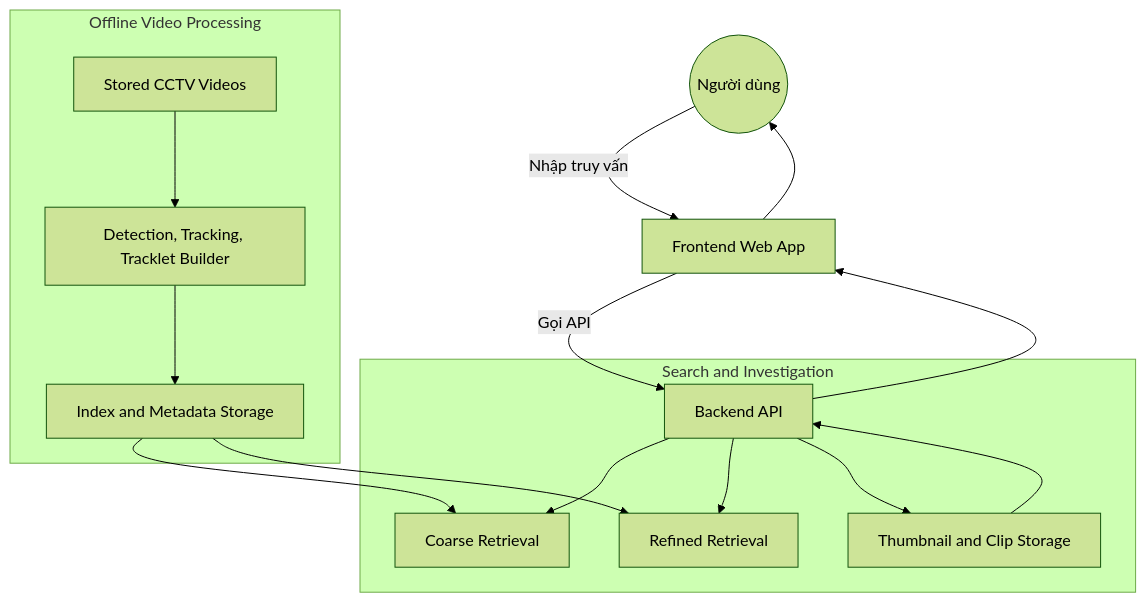
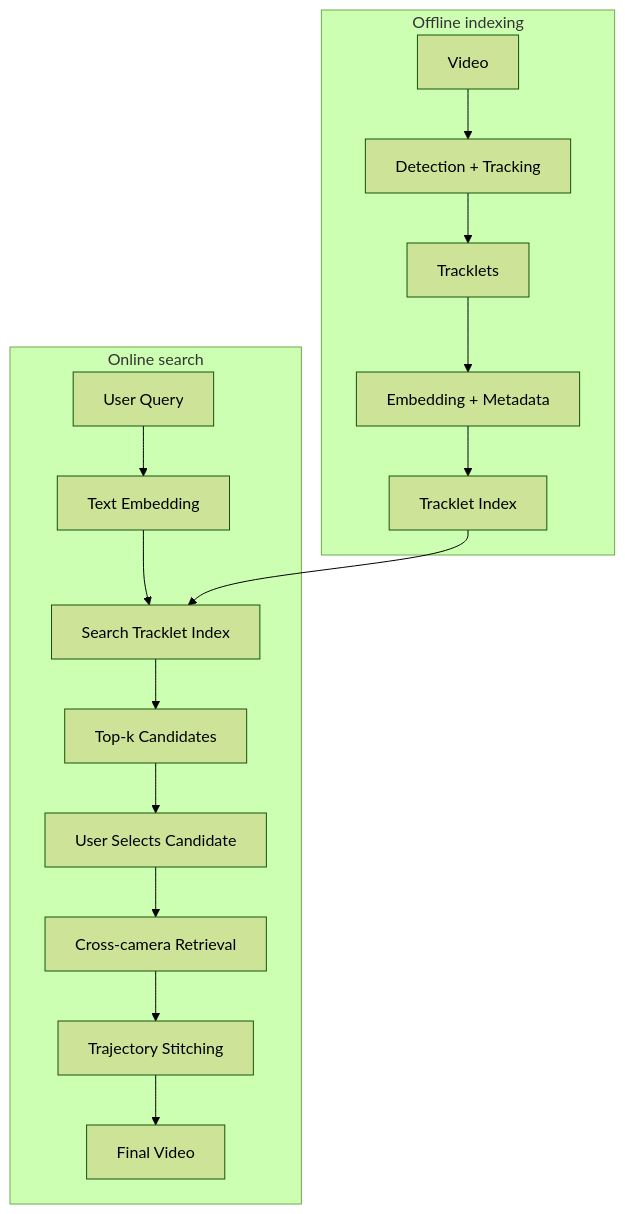
The first of 2 diagrams in README.md (CaoDieuLy/TraceX-AI), drawn with Mermaid (forest theme) before and after one commit. The commit also changed other lines of this file and 2 other files, not shown here.

Commit message:
docs: update target users and architecture structure

````diff
--- a/README.md
+++ b/README.md
@@ -46,24 +47,27 @@
 ```mermaid
-graph TD
-    User((Người dùng)) -->|Nhập truy vấn| FE[Frontend Web App]
-    FE -->|Gọi API| BE[Backend API]
+flowchart TB
+    subgraph Offline_Indexing[Offline indexing]
+        V[Video]
+        DT[Detection + Tracking]
+        T[Tracklets]
+        EM[Embedding + Metadata]
+        TI[Tracklet Index]
 
-    subgraph Offline_Pipeline [Offline Video Processing]
-        Video[Stored CCTV Videos]
-        Process[Detection, Tracking, Tracklet Builder]
-        Index[Index and Metadata Storage]
-        Video --> Process --> Index
+        V --> DT --> T --> EM --> TI
     end
 
-    subgraph Search_Flow [Search and Investigation]
-        BE --> Coarse[Coarse Retrieval]
-        BE --> Refine[Refined Retrieval]
-        BE --> Assets[Thumbnail and Clip Storage]
+    subgraph Online_Search[Online search]
+        Q[User Query]
+        TE[Text Embedding]
+        SI[Search Tracklet Index]
+        K[Top-k Candidates]
+        S[User Selects Candidate]
+        CCR[Cross-camera Retrieval]
+        TS[Trajectory Stitching]
+        FV[Final Video]
+
+        Q --> TE --> SI --> K --> S --> CCR --> TS --> FV
     end
 
-    Index --> Coarse
-    Index --> Refine
-    Assets --> BE
-    BE --> FE
-    FE --> User
+    TI --> SI
 ```
````
